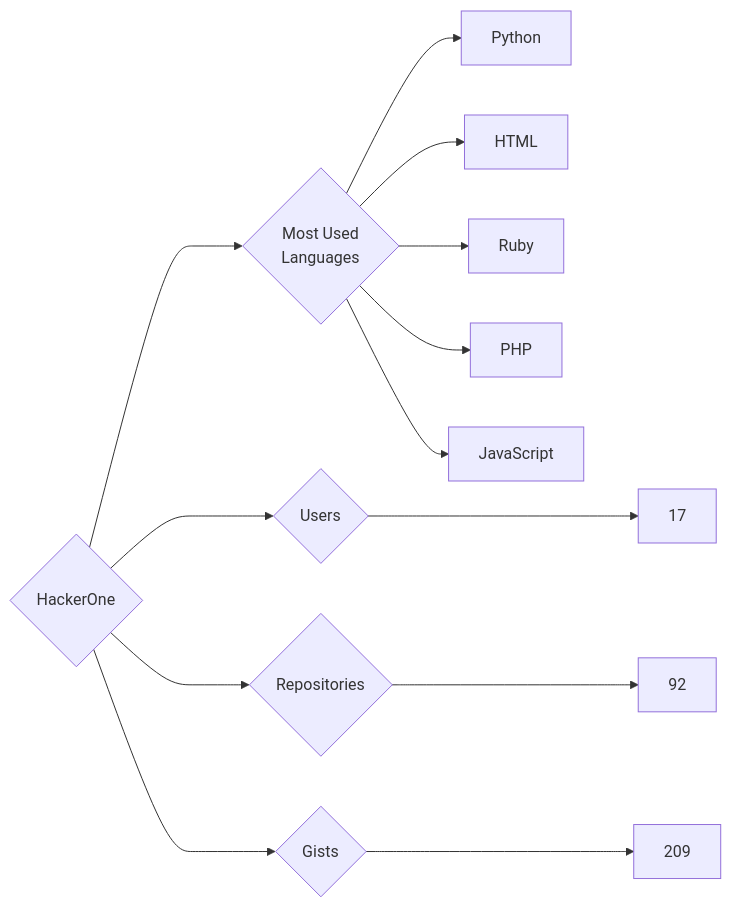
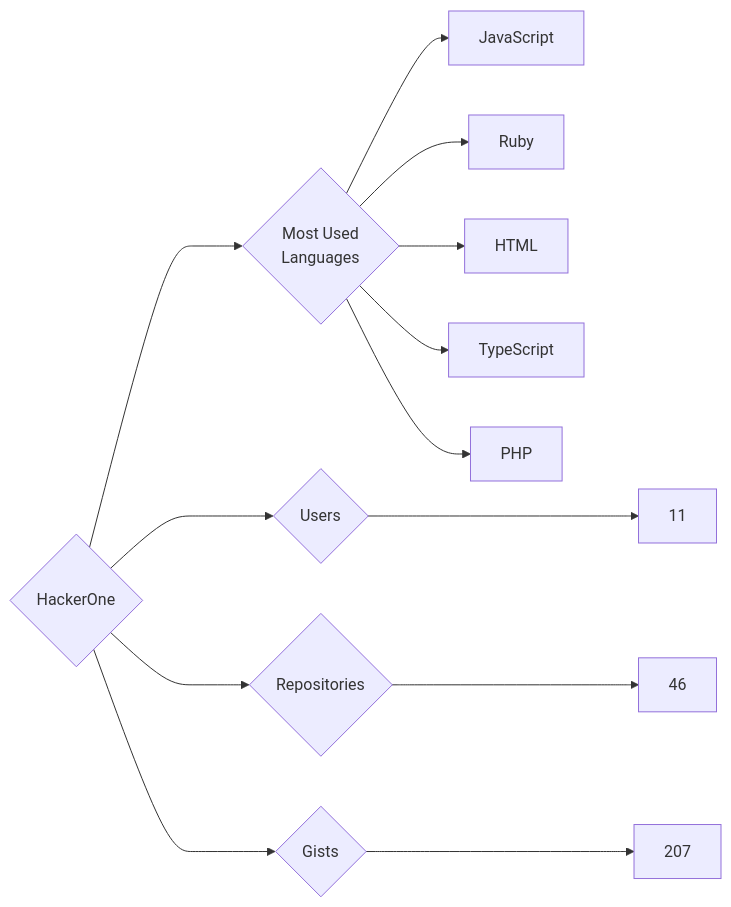
Before and after one commit to trickest/insiders: the diagram in targets/HackerOne/README.md, drawn with Mermaid. The commit also changed 1084 other files, not shown here.

````diff
--- a/targets/HackerOne/README.md
+++ b/targets/HackerOne/README.md
@@ -3,13 +3,13 @@
 ```mermaid
 graph LR
 COMPANY_NAME{HackerOne}
-COMPANY_NAME ---> U{Users} ---> UN[17]
-COMPANY_NAME ---> R{Repositories} ---> RN[92]
-COMPANY_NAME ---> G{Gists} ---> GN[209]
+COMPANY_NAME ---> U{Users} ---> UN[11]
+COMPANY_NAME ---> R{Repositories} ---> RN[46]
+COMPANY_NAME ---> G{Gists} ---> GN[207]
 COMPANY_NAME ---> ML{Most Used<br>Languages}
-ML --> Python[Python]
+ML --> JavaScript[JavaScript]
+ML --> Ruby[Ruby]
 ML --> HTML[HTML]
-ML --> Ruby[Ruby]
+ML --> TypeScript[TypeScript]
 ML --> PHP[PHP]
-ML --> JavaScript[JavaScript]
 ```
````
